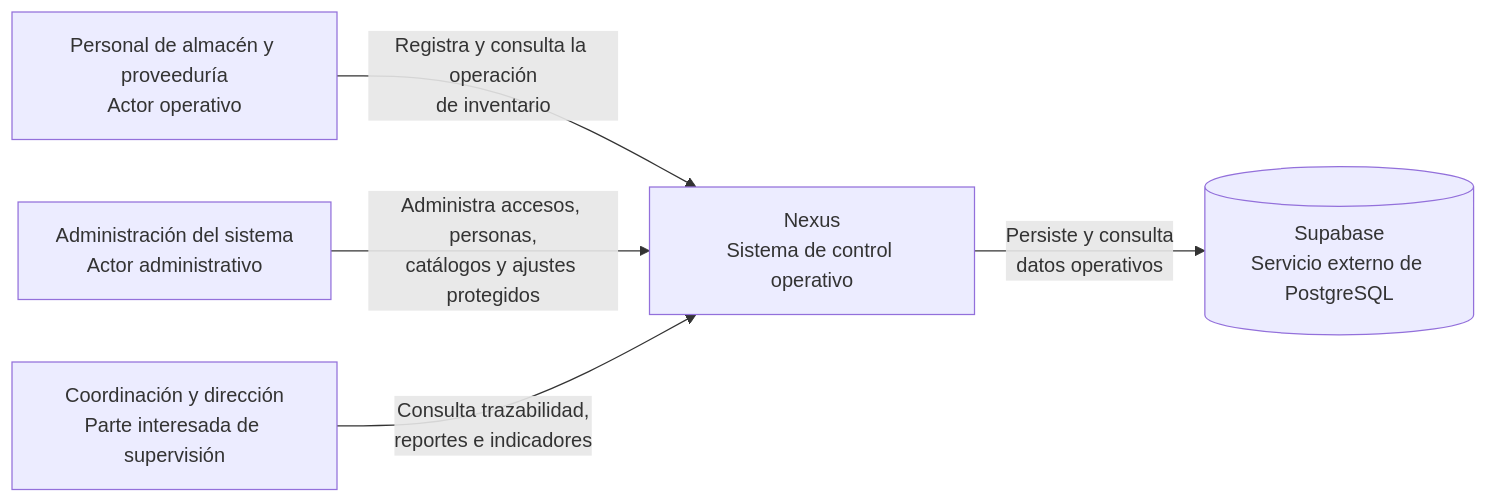
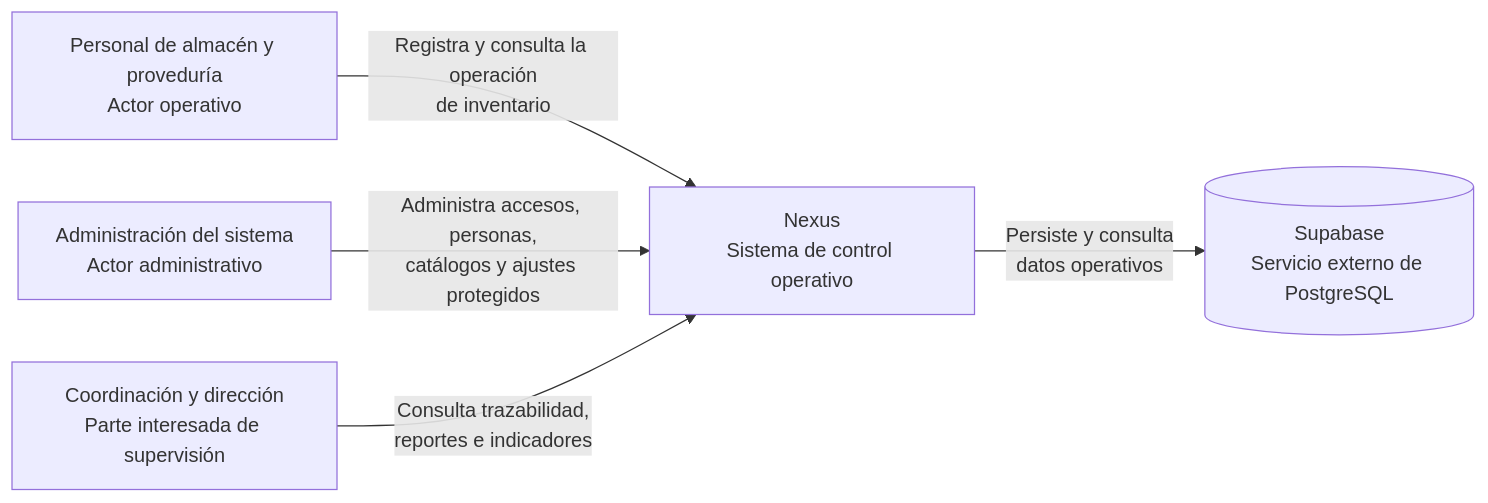
The first of 9 diagrams in docs/architecture/architecture-and-web-views.md (gpgsistemas01/nexus), drawn with Mermaid before and after one commit. The commit also changed 7 other files, not shown here.

````diff
--- a/docs/architecture/architecture-and-web-views.md
+++ b/docs/architecture/architecture-and-web-views.md
@@ -60,13 +60,13 @@
 ```mermaid
 flowchart LR
-    warehouse["Personal de almacén y proveeduría<br/>Actor operativo"]
+    warehouse["Personal de almacén y proveduría<br/>Actor operativo"]
     administration["Administración del sistema<br/>Actor administrativo"]
     management["Coordinación y dirección<br/>Parte interesada de supervisión"]
     nexus["Nexus<br/>Sistema de control operativo"]
     supabase[("Supabase<br/>Servicio externo de PostgreSQL")]
 
     warehouse -->|"Registra y consulta la operación<br/>de inventario"| nexus
     administration -->|"Administra accesos, personas,<br/>catálogos y ajustes protegidos"| nexus
     management -->|"Consulta trazabilidad,<br/>reportes e indicadores"| nexus
     nexus -->|"Persiste y consulta<br/>datos operativos"| supabase
 ```
````
